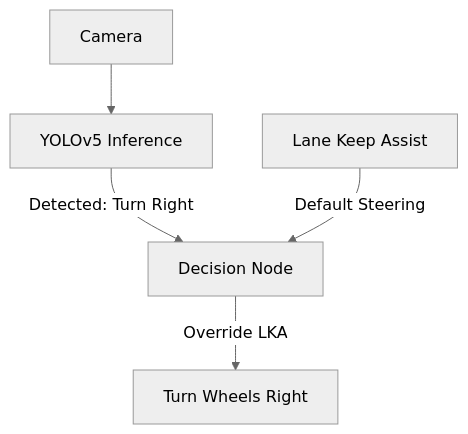
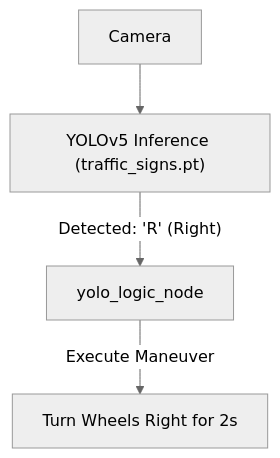
Before and after one commit to alfaXphoori/MentorPi-M1: the second of 4 diagrams in docs/LEARNING_PATH.md, drawn with Mermaid (neutral theme). The commit also changed other lines of this file and 5 other files, not shown here.

````diff
--- a/docs/LEARNING_PATH.md
+++ b/docs/LEARNING_PATH.md
@@ -271,7 +274,6 @@
 ```mermaid
 graph TD
-    Cam["Camera"] --> YOLO["YOLOv5 Inference"]
-    YOLO -- "Detected: Turn Right" --> Logic["Decision Node"]
-    LKA["Lane Keep Assist"] -- "Default Steering" --> Logic
-    Logic -- "Override LKA" --> Move["Turn Wheels Right"]
+    Cam["Camera"] --> YOLO["YOLOv5 Inference (traffic_signs.pt)"]
+    YOLO -- "Detected: 'R' (Right)" --> Logic["yolo_logic_node"]
+    Logic -- "Execute Maneuver" --> Move["Turn Wheels Right for 2s"]
 ```
````
